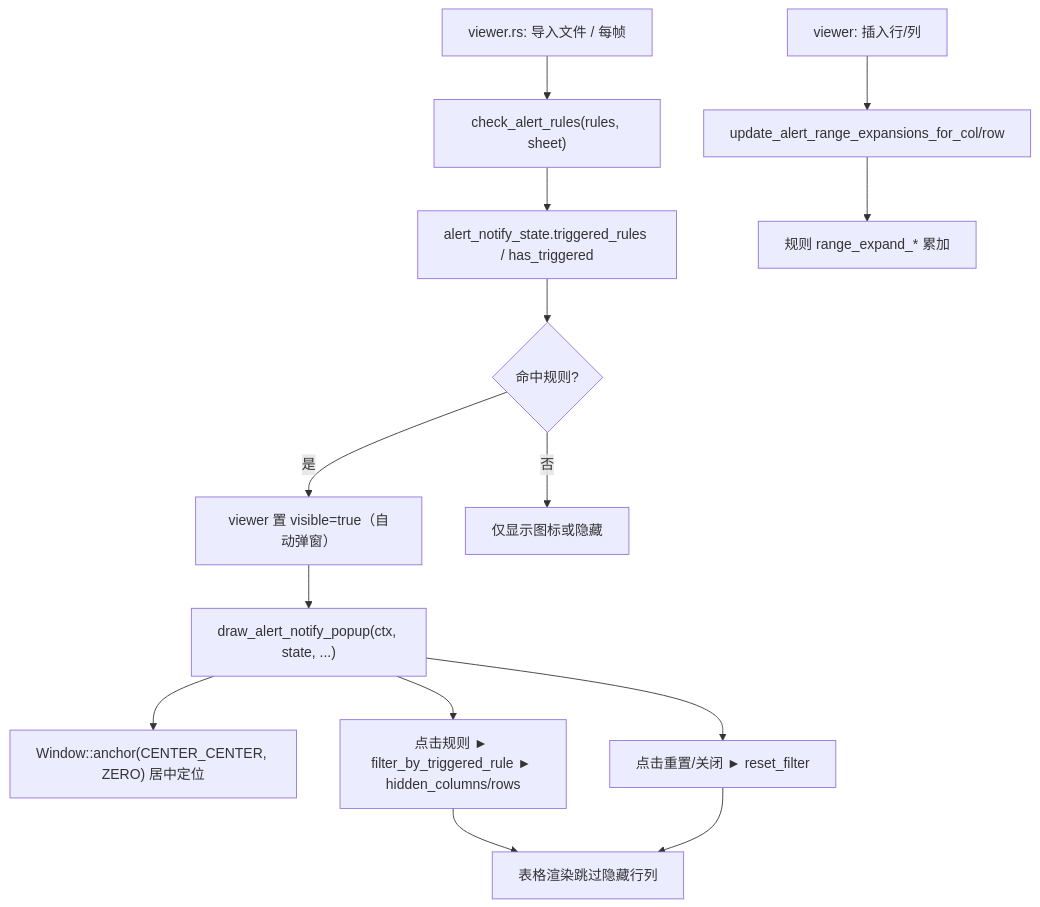
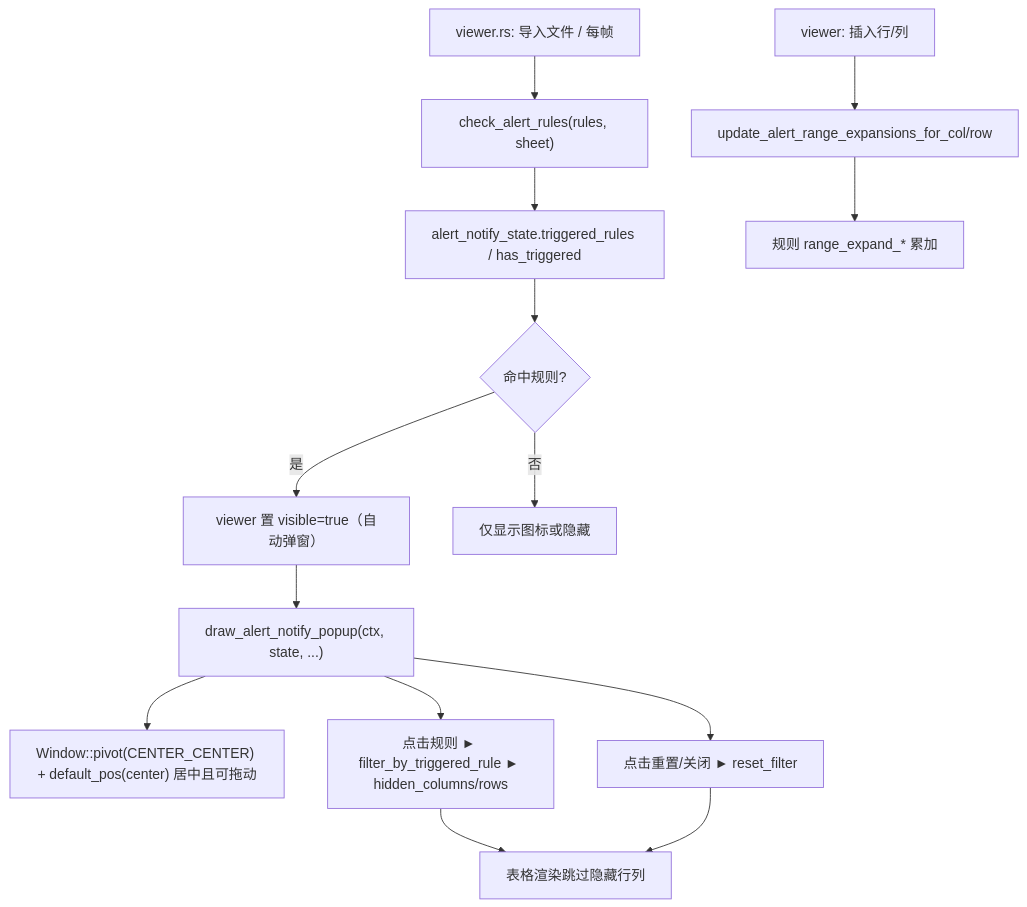
One commit to dunpju/umya-spreadsheet-excel changed the diagram in docs/gui/widgets/alert_notify.md. Above: the diagram before and after it, drawn with Mermaid. The commit also changed other lines of this file and 2 other files, not shown here.

````diff
--- a/docs/gui/widgets/alert_notify.md
+++ b/docs/gui/widgets/alert_notify.md
@@ -125,16 +125,16 @@
 ```mermaid
 flowchart TD
     A["viewer.rs: 导入文件 / 每帧"] --> B["check_alert_rules(rules, sheet)"]
     B --> C["alert_notify_state.triggered_rules / has_triggered"]
     C --> D{"命中规则?"}
     D -->|是| E["viewer 置 visible=true（自动弹窗）"]
     D -->|否| F["仅显示图标或隐藏"]
     E --> G["draw_alert_notify_popup(ctx, state, ...)"]
-    G --> H["Window::anchor(CENTER_CENTER, ZERO) 居中定位"]
+    G --> H["Window::pivot(CENTER_CENTER) + default_pos(center) 居中且可拖动"]
     G --> I["点击规则 ► filter_by_triggered_rule ► hidden_columns/rows"]
     G --> J["点击重置/关闭 ► reset_filter"]
     I --> K["表格渲染跳过隐藏行列"]
     J --> K
     L["viewer: 插入行/列"] --> M["update_alert_range_expansions_for_col/row"]
     M --> N["规则 range_expand_* 累加"]
 ```
````
